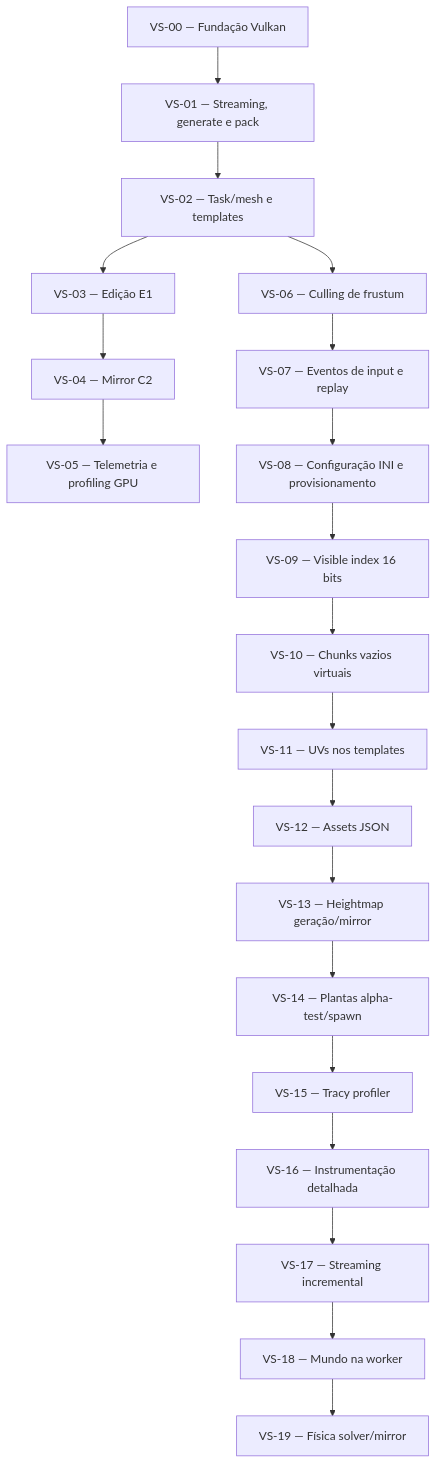
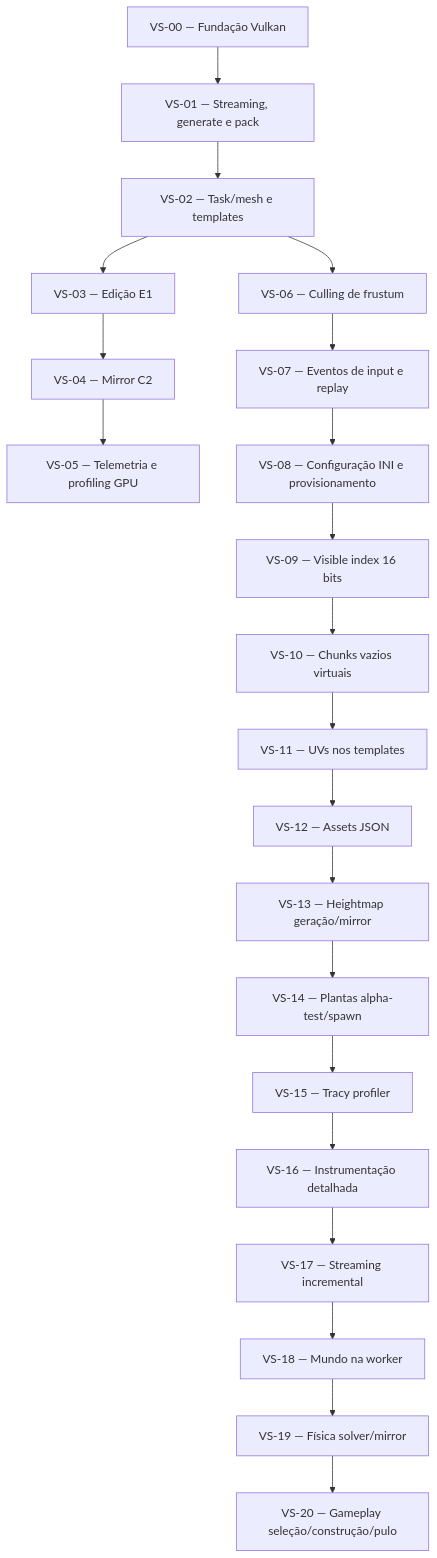
The diagram in docs/obsidian/tracking/dependencias.md (Ruannilton/vox), drawn with Mermaid before and after one commit. The commit also changed other lines of this file and 7 other files, not shown here.

Commit message:
VS-20: spec gameplay — seleção, construção e pulo (ADR-G1) + tasks

````diff
--- a/docs/obsidian/tracking/dependencias.md
+++ b/docs/obsidian/tracking/dependencias.md
@@ -7,43 +7,45 @@
 ```mermaid
 graph TD
     VS00[VS-00 — Fundação Vulkan]
     VS01[VS-01 — Streaming, generate e pack]
     VS02[VS-02 — Task/mesh e templates]
     VS03[VS-03 — Edição E1]
     VS04[VS-04 — Mirror C2]
     VS05[VS-05 — Telemetria e profiling GPU]
     VS06[VS-06 — Culling de frustum]
     VS07[VS-07 — Eventos de input e replay]
     VS08[VS-08 — Configuração INI e provisionamento]
     VS09[VS-09 — Visible index 16 bits]
     VS10[VS-10 — Chunks vazios virtuais]
     VS11[VS-11 — UVs nos templates]
     VS12[VS-12 — Assets JSON]
     VS13[VS-13 — Heightmap geração/mirror]
     VS14[VS-14 — Plantas alpha-test/spawn]
     VS15[VS-15 — Tracy profiler]
     VS16[VS-16 — Instrumentação detalhada]
     VS17[VS-17 — Streaming incremental]
     VS18[VS-18 — Mundo na worker]
     VS19[VS-19 — Física solver/mirror]
+    VS20[VS-20 — Gameplay seleção/construção/pulo]
 
     VS00 --> VS01
     VS01 --> VS02
     VS02 --> VS03
     VS03 --> VS04
     VS04 --> VS05
     VS02 --> VS06
     VS06 --> VS07
     VS07 --> VS08
     VS08 --> VS09
     VS09 --> VS10
     VS10 --> VS11
     VS11 --> VS12
     VS12 --> VS13
     VS13 --> VS14
     VS14 --> VS15
     VS15 --> VS16
     VS16 --> VS17
     VS17 --> VS18
     VS18 --> VS19
+    VS19 --> VS20
 ```
````
